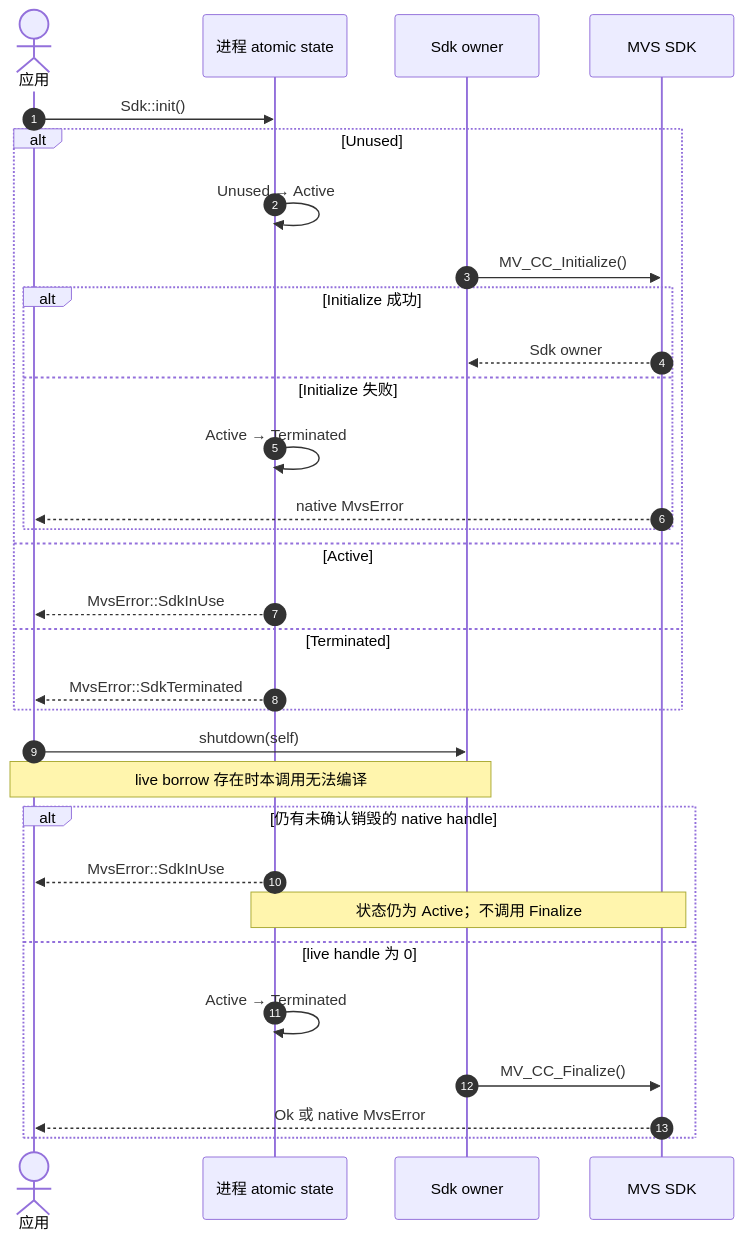
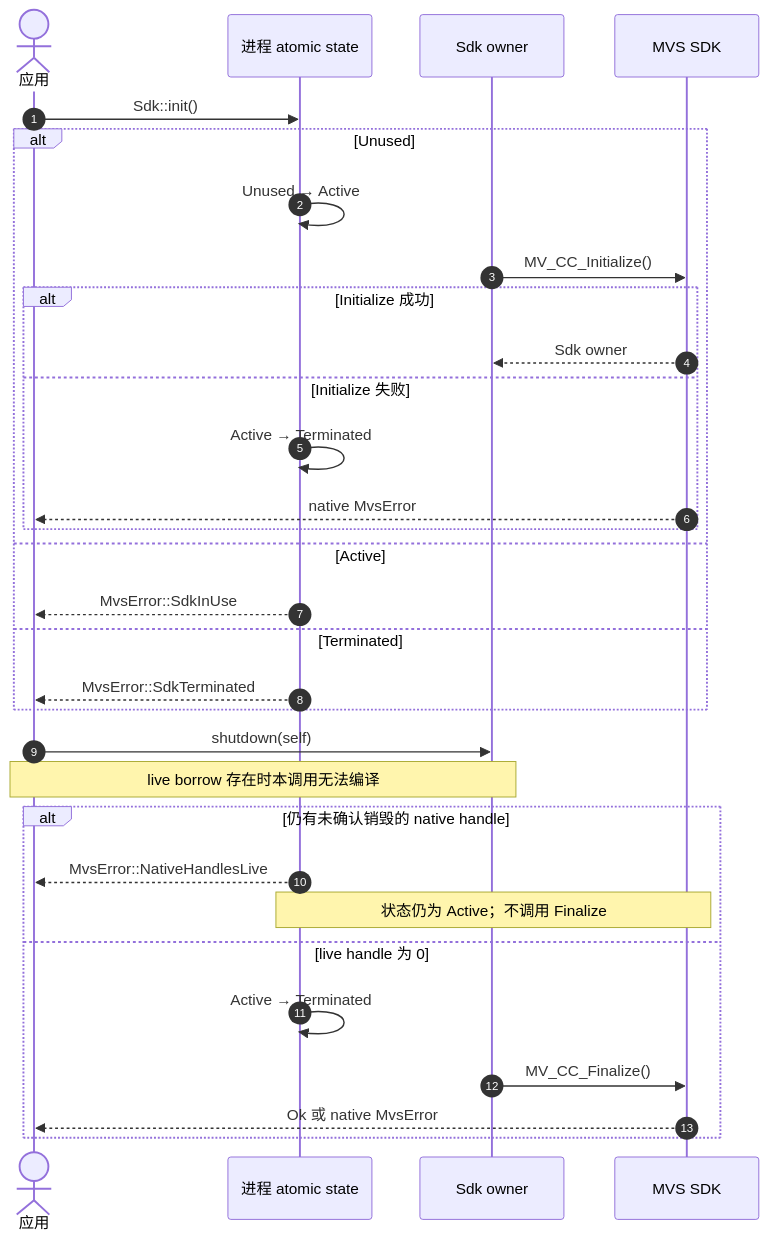
The diagram in 时序图/Sdk-shutdown的终态约束.md (JSB-Unscarred/mvs-sdk-rs), drawn with Mermaid before and after one commit. The commit also changed other lines of this file and 12 other files, not shown here.

````diff
--- a/时序图/Sdk-shutdown的终态约束.md
+++ b/时序图/Sdk-shutdown的终态约束.md
@@ -7,35 +7,35 @@
 ```mermaid
 sequenceDiagram
     autonumber
     actor App as 应用
     participant State as 进程 atomic state
     participant Sdk as Sdk owner
     participant Native as MVS SDK
 
     App->>State: Sdk::init()
     alt Unused
         State->>State: Unused → Active
         Sdk->>Native: MV_CC_Initialize()
         alt Initialize 成功
             Native-->>Sdk: Sdk owner
         else Initialize 失败
             State->>State: Active → Terminated
             Native-->>App: native MvsError
         end
     else Active
         State-->>App: MvsError::SdkInUse
     else Terminated
         State-->>App: MvsError::SdkTerminated
     end
 
     App->>Sdk: shutdown(self)
     Note over App,Sdk: live borrow 存在时本调用无法编译
     alt 仍有未确认销毁的 native handle
-        State-->>App: MvsError::SdkInUse
+        State-->>App: MvsError::NativeHandlesLive
         Note over State,Native: 状态仍为 Active；不调用 Finalize
     else live handle 为 0
         State->>State: Active → Terminated
         Sdk->>Native: MV_CC_Finalize()
         Native-->>App: Ok 或 native MvsError
     end
 ```
````
